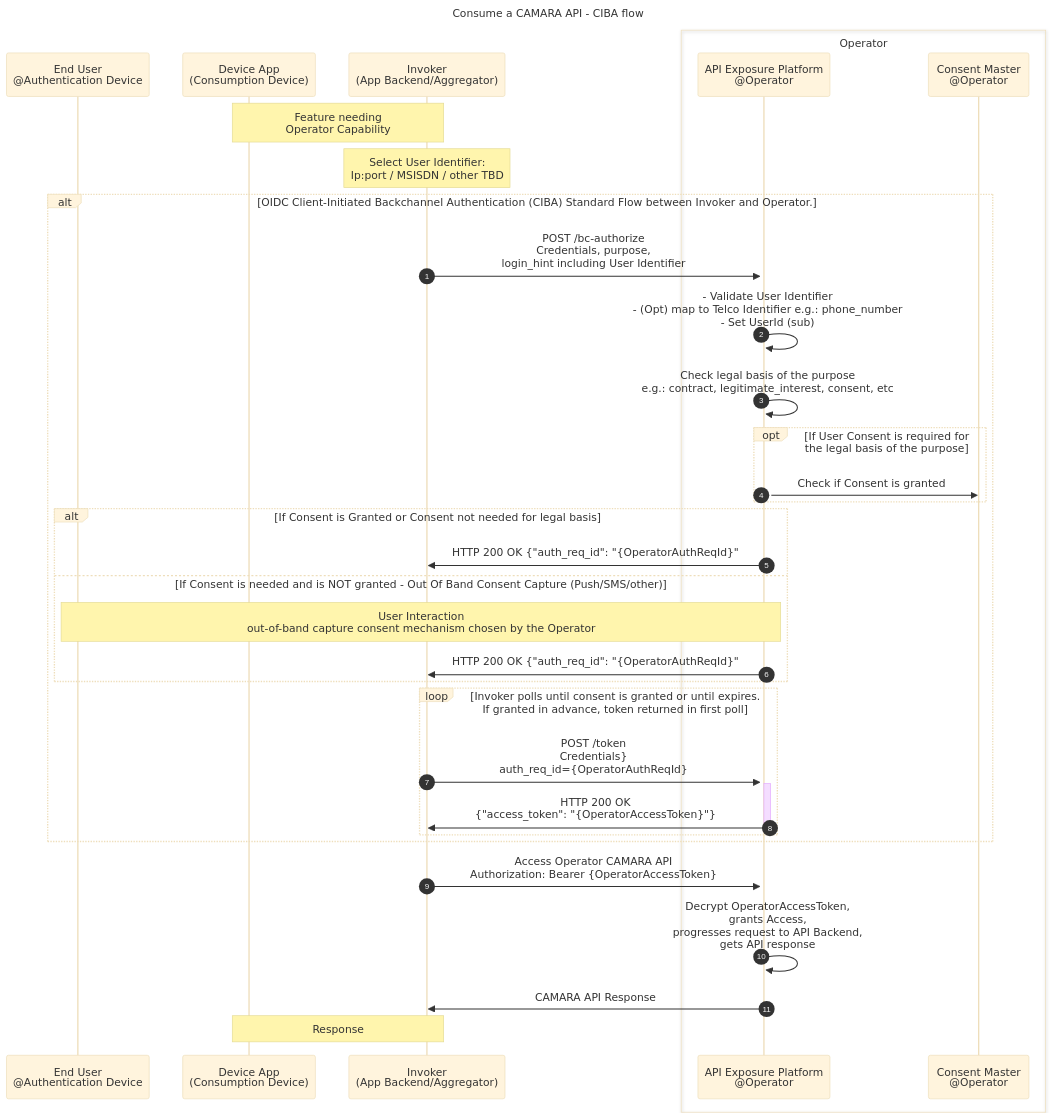
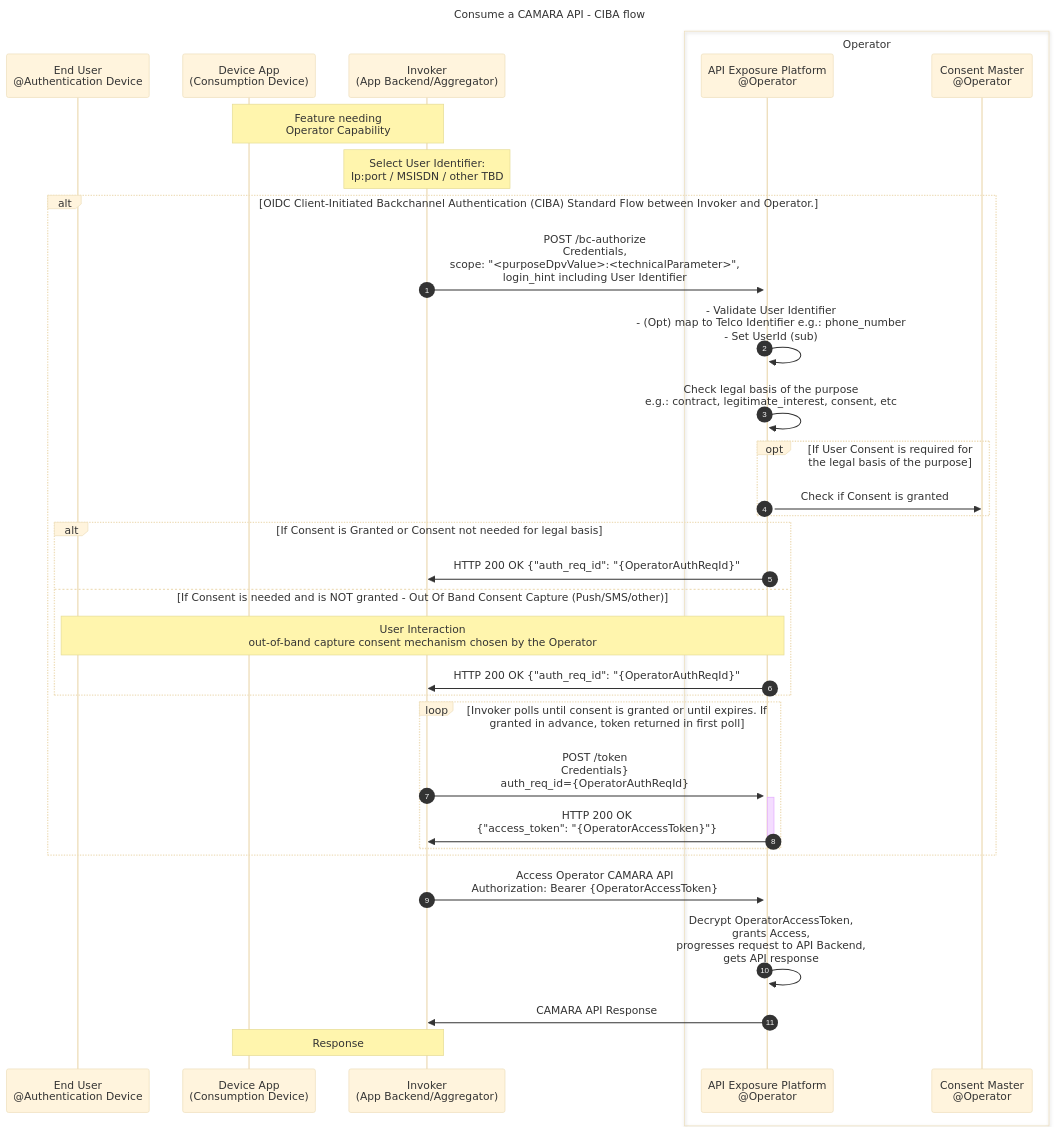
Before and after one commit to camaraproject/IdentityAndConsentManagement: the second of 2 diagrams in documentation/CAMARA-API-access-and-user-consent.md, drawn with Mermaid (base theme). The commit also changed other lines of this file, not shown here.

Commit message:
jpengar/issue-32-doc-update-purpose-agreement

````diff
--- a/documentation/CAMARA-API-access-and-user-consent.md
+++ b/documentation/CAMARA-API-access-and-user-consent.md
@@ -198,38 +231,38 @@
 ```mermaid
 sequenceDiagram
 autonumber
 title Consume a CAMARA API - CIBA flow
 participant User as End User<br>@Authentication Device
 participant FE as Device App<br> (Consumption Device)
 participant BE as Invoker<br>(App Backend/Aggregator)  
 box Operator
   participant ExpO as API Exposure Platform<br>@Operator  
   participant Consent as Consent Master<br>@Operator
 end
 
 Note over FE,BE: Feature needing<br>Operator Capability  
 Note over BE: Select User Identifier:<br> Ip:port / MSISDN / other TBD  
 
 alt OIDC Client-Initiated Backchannel Authentication (CIBA) Standard Flow between Invoker and Operator.
-  BE->>+ExpO: POST /bc-authorize<br> Credentials, purpose,<br>login_hint including User Identifier    
+  BE->>+ExpO: POST /bc-authorize<br> Credentials,<br>scope: "<purposeDpvValue>:<technicalParameter>",<br>login_hint including User Identifier    
   ExpO->>ExpO: - Validate User Identifier<br>- (Opt) map to Telco Identifier e.g.: phone_number<br>- Set UserId (sub)  
   ExpO->>ExpO: Check legal basis of the purpose<br> e.g.: contract, legitimate_interest, consent, etc  
   opt If User Consent is required for the legal basis of the purpose  
     ExpO->>Consent: Check if Consent is granted
   end
   alt If Consent is Granted or Consent not needed for legal basis   
     ExpO->>BE: HTTP 200 OK {"auth_req_id": "{OperatorAuthReqId}"  
   else If Consent is needed and is NOT granted - Out Of Band Consent Capture (Push/SMS/other)
-    note over ExpO,User: User Interaction <br> out-of-band capture consent mechanism chosen by the Operator
+    Note over ExpO,User: User Interaction <br> out-of-band capture consent mechanism chosen by the Operator
     ExpO->>BE: HTTP 200 OK {"auth_req_id": "{OperatorAuthReqId}"
   end
   loop Invoker polls until consent is granted or until expires. If granted in advance, token returned in first poll
     BE->>+ExpO: POST /token <br>Credentials}<br>auth_req_id={OperatorAuthReqId}    
     ExpO->>-BE: HTTP 200 OK <br>{"access_token": "{OperatorAccessToken}"} 
   end  
 end
 BE->>ExpO: Access Operator CAMARA API <br> Authorization: Bearer {OperatorAccessToken}    
 ExpO->>ExpO: Decrypt OperatorAccessToken,<br>grants Access,<br>progresses request to API Backend,<br>gets API response  
 ExpO->>BE: CAMARA API Response
 Note over BE,FE: Response
 ```
````
